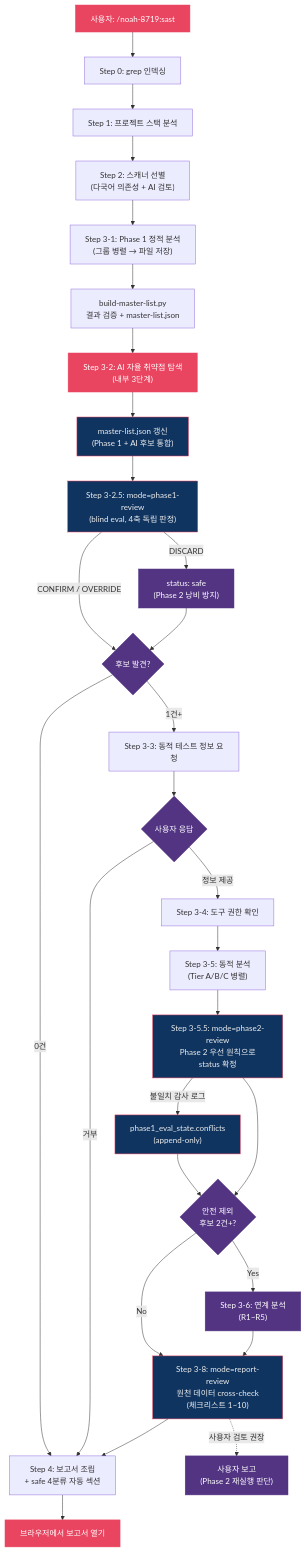
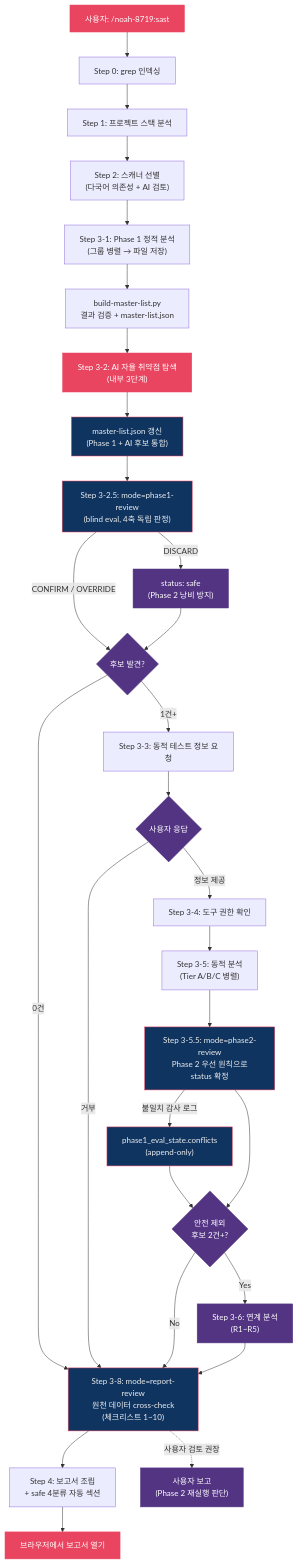
Before and after one commit to nomarlhack/noah-sast: the diagram in README.md, drawn with Mermaid. The commit also changed other lines of this file, not shown here.

Commit message:
docs(readme): 흐름도 / 상세 문서 테이블 report-review 재배치 반영
- 흐름도: Check 0건 분기 및 UserReply 거부 분기도 Review(Step 3-8)로 수렴 후 Step 4로 진행 (후보 0건이어도 report-review 실행하여 이상 없음 스캐너 근거를 cross-check)
- "오탐 방지" 설계 원칙 문구 수정: "보고서 작성 후" → "보고서 조립 전 cross-scanner 일관성 검증"
- 상세 문서 테이블의 report-review 행: "보고서 MD 정확성 검증" → "조립 전 master-list + eval + phase2 + chain cross-check, cross-scanner 전담"

````diff
--- a/README.md
+++ b/README.md
@@ -38,45 +38,45 @@
 ```mermaid
 flowchart TD
     User["사용자: /noah-8719:sast"] --> S0["Step 0: grep 인덱싱"]
     S0 --> S1["Step 1: 프로젝트 스택 분석"]
     S1 --> S2["Step 2: 스캐너 선별\n(다국어 의존성 + AI 검토)"]
     S2 --> S3["Step 3-1: Phase 1 정적 분석\n(그룹 병렬 → 파일 저장)"]
     S3 --> BML2["build-master-list.py\n결과 검증 + master-list.json"]
     BML2 --> AI["Step 3-2: AI 자율 취약점 탐색\n(내부 3단계)"]
     AI --> MLUpdate2["master-list.json 갱신\n(Phase 1 + AI 후보 통합)"]
     MLUpdate2 --> EvalP1["Step 3-2.5: mode=phase1-review\n(blind eval, 4축 독립 판정)"]
     EvalP1 -->|DISCARD| ML_Safe["status: safe\n(Phase 2 낭비 방지)"]
     EvalP1 -->|CONFIRM / OVERRIDE| Check{후보 발견?}
     ML_Safe --> Check
-    Check -->|0건| S4["Step 4: 보고서 생성\n+ safe 4분류 자동 섹션"]
+    Check -->|0건| Review
     Check -->|1건+| Ask["Step 3-3: 동적 테스트 정보 요청"]
     Ask --> UserReply{사용자 응답}
     UserReply -->|정보 제공| Perm["Step 3-4: 도구 권한 확인"]
-    UserReply -->|거부| S4
+    UserReply -->|거부| Review
     Perm --> Dynamic["Step 3-5: 동적 분석\n(Tier A/B/C 병렬)"]
     Dynamic --> Eval["Step 3-5.5: mode=phase2-review\nPhase 2 우선 원칙으로\nstatus 확정"]
     Eval -->|불일치 감사 로그| Conflicts["phase1_eval_state.conflicts\n(append-only)"]
     Conflicts --> ChainCheck
     Eval --> ChainCheck{"안전 제외\n후보 2건+?"}
     ChainCheck -->|Yes| Chain["Step 3-6: 연계 분석\n(R1~R5)"]
     ChainCheck -->|No| Review
     Chain --> Review["Step 3-8: mode=report-review\n원천 데이터 cross-check\n(체크리스트 1~10)"]
     Review --> S4["Step 4: 보고서 조립\n+ safe 4분류 자동 섹션"]
     Review -.->|사용자 검토 권장| UserReport["사용자 보고\n(Phase 2 재실행 판단)"]
     S4 --> Open["브라우저에서 보고서 열기"]
 
     style User fill:#e94560,stroke:#e94560,color:#fff
     style AI fill:#e94560,stroke:#e94560,color:#fff
     style MLUpdate2 fill:#0f3460,stroke:#e94560,color:#eee
     style EvalP1 fill:#0f3460,stroke:#e94560,color:#eee
     style Eval fill:#0f3460,stroke:#e94560,color:#eee
     style Review fill:#0f3460,stroke:#e94560,color:#eee
     style Conflicts fill:#0f3460,stroke:#e94560,color:#eee
     style ML_Safe fill:#533483,stroke:#533483,color:#fff
     style Chain fill:#533483,stroke:#533483,color:#fff
     style Open fill:#e94560,stroke:#e94560,color:#fff
     style Check fill:#533483,stroke:#533483,color:#fff
     style ChainCheck fill:#533483,stroke:#533483,color:#fff
     style UserReply fill:#533483,stroke:#533483,color:#fff
     style UserReport fill:#533483,stroke:#533483,color:#fff
 ```
````
